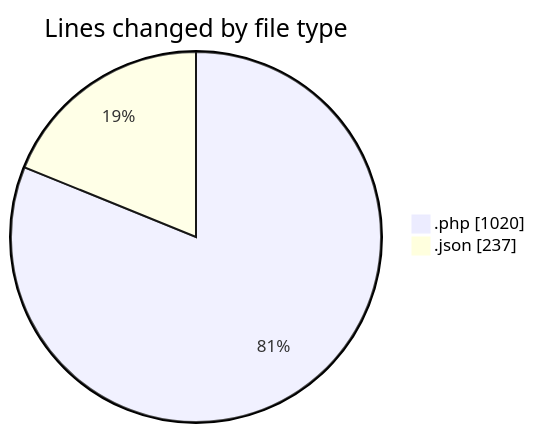
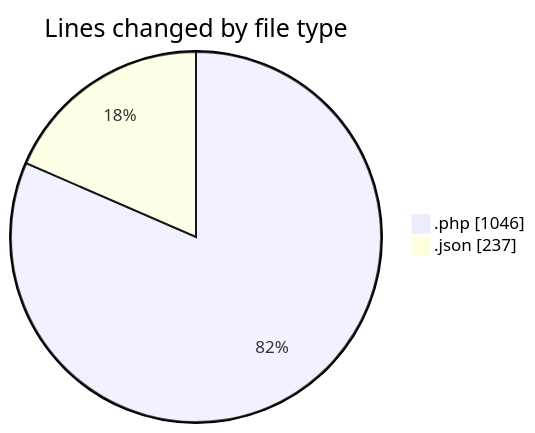
Before and after one commit to idhammustaqopulfikri/code-tracking: the first of 2 diagrams in 2025-06-20/studio-backend/README.md, drawn with Mermaid. The commit also changed other lines of this file and 1 other file, not shown here.

````diff
--- a/2025-06-20/studio-backend/README.md
+++ b/2025-06-20/studio-backend/README.md
@@ -22,6 +22,6 @@
 ```mermaid
 pie showData
 title Lines changed by file type
-".php" : 1020
+".php" : 1046
 ".json" : 237
 ```
````
